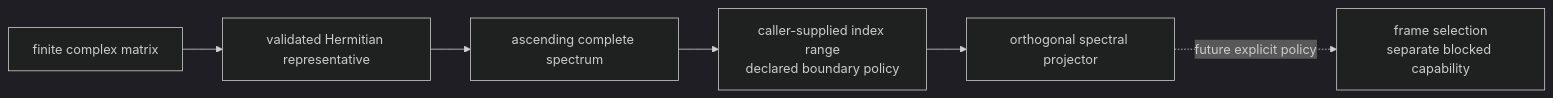
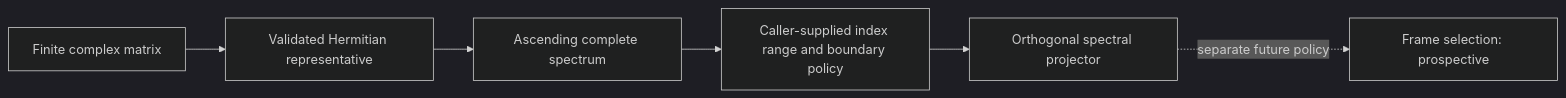
Before and after one commit to eragasa/projectkoios-optimization: the first of 6 diagrams in docs/architecture/projectkoios/numerics/linalg/schematics.md, drawn with Mermaid (dark theme). The commit also changed other lines of this file and 23 other files, not shown here.

Commit message:
Add SciPy Hermitian spectrum solvers

````diff
--- a/docs/architecture/projectkoios/numerics/linalg/schematics.md
+++ b/docs/architecture/projectkoios/numerics/linalg/schematics.md
@@ -5,12 +20,12 @@
 ```mermaid
 flowchart LR
-    A["finite complex matrix"]
-    H["validated Hermitian representative"]
-    E["ascending complete spectrum"]
-    I["caller-supplied index range<br/>declared boundary policy"]
-    P["orthogonal spectral projector"]
-    F["frame selection<br/>separate blocked capability"]
+    A[Finite complex matrix]
+    H[Validated Hermitian representative]
+    E[Ascending complete spectrum]
+    I[Caller-supplied index range and boundary policy]
+    P[Orthogonal spectral projector]
+    F[Frame selection: prospective]
 
     A --> H --> E --> I --> P
-    P -. future explicit policy .-> F
+    P -. separate future policy .-> F
 ```
````
